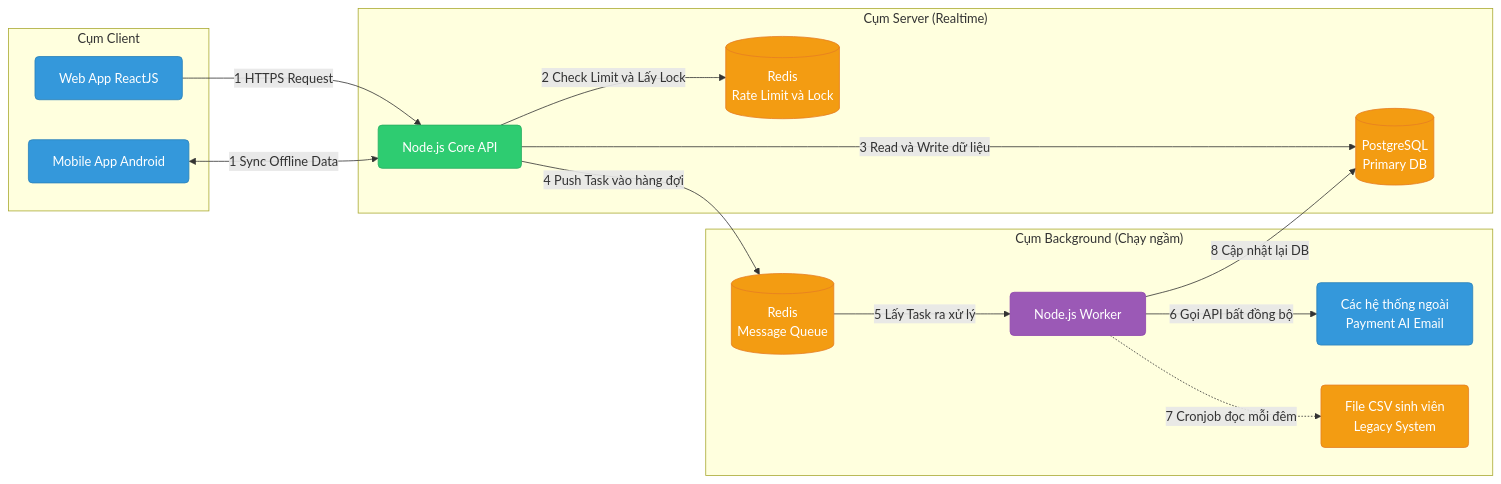
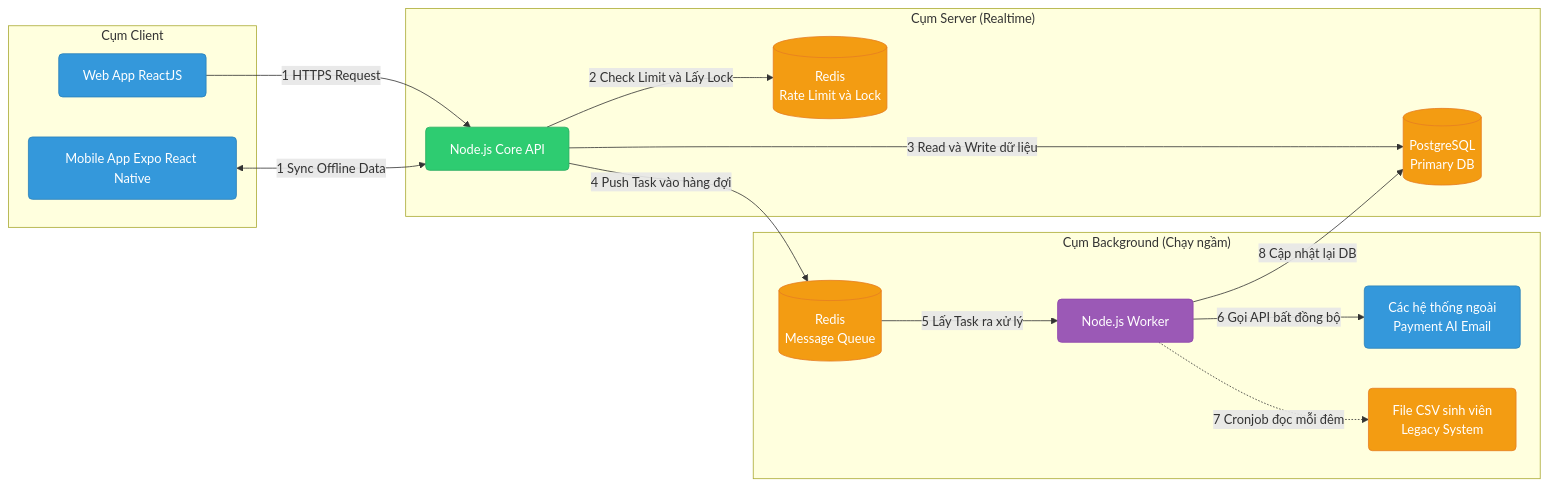
Before and after one commit to Pipi1225/Unihub-Workshop-23127052-23127125: the third of 3 diagrams in blueprint/design.md, drawn with Mermaid. The commit also changed other lines of this file and 8 other files, not shown here.

````diff
--- a/blueprint/design.md
+++ b/blueprint/design.md
@@ -97,44 +97,44 @@
 ```mermaid
 graph LR
     %% Định nghĩa các Style
     classDef db fill:#f39c12,stroke:#e67e22,color:#ffffff,rx:5px,ry:5px;
     classDef api fill:#2ecc71,stroke:#27ae60,color:#ffffff,rx:5px,ry:5px;
     classDef worker fill:#9b59b6,stroke:#8e44ad,color:#ffffff,rx:5px,ry:5px;
     classDef client fill:#3498db,stroke:#2980b9,color:#ffffff,rx:5px,ry:5px;
 
     %% 1. Cụm Client
     subgraph Client ["Cụm Client"]
         React["Web App ReactJS"]:::client
-        Android["Mobile App Android"]:::client
+        MobileExpo["Mobile App Expo React Native"]:::client
     end
 
     %% 2. Cụm Server
     subgraph Server ["Cụm Server (Realtime)"]
         Gateway["Node.js Core API"]:::api
         RedisRateLimit[("Redis<br/>Rate Limit và Lock")]:::db
         PostgresDB[("PostgreSQL<br/>Primary DB")]:::db
     end
 
     %% 3. Cụm Background
     subgraph Background ["Cụm Background (Chạy ngầm)"]
         RedisQueue[("Redis<br/>Message Queue")]:::db
         WorkerNode["Node.js Worker"]:::worker
         External["Các hệ thống ngoài<br/>Payment AI Email"]:::client
         CSV["File CSV sinh viên<br/>Legacy System"]:::db
     end
 
     %% Luồng 1: Tương tác Client - Server
     React -->|1 HTTPS Request| Gateway
-    Android <-->|1 Sync Offline Data| Gateway
+    MobileExpo <-->|1 Sync Offline Data| Gateway
 
     %% Luồng 2: Xử lý tại Server
     Gateway -->|2 Check Limit và Lấy Lock| RedisRateLimit
     Gateway -->|3 Read và Write dữ liệu| PostgresDB
     Gateway -->|4 Push Task vào hàng đợi| RedisQueue
 
     %% Luồng 3: Xử lý ngầm
     RedisQueue -->|5 Lấy Task ra xử lý| WorkerNode
     WorkerNode -->|6 Gọi API bất đồng bộ| External
     WorkerNode -.->|7 Cronjob đọc mỗi đêm| CSV
     WorkerNode -->|8 Cập nhật lại DB| PostgresDB
 ```
````
